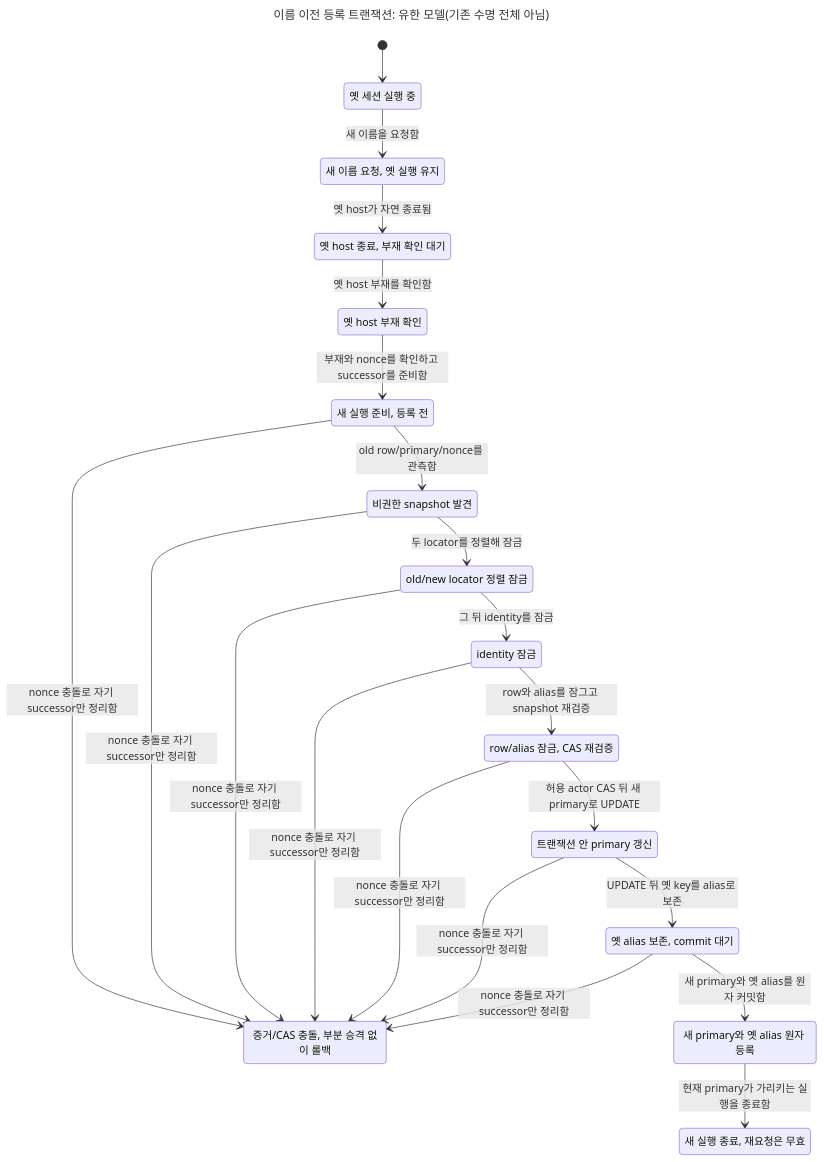
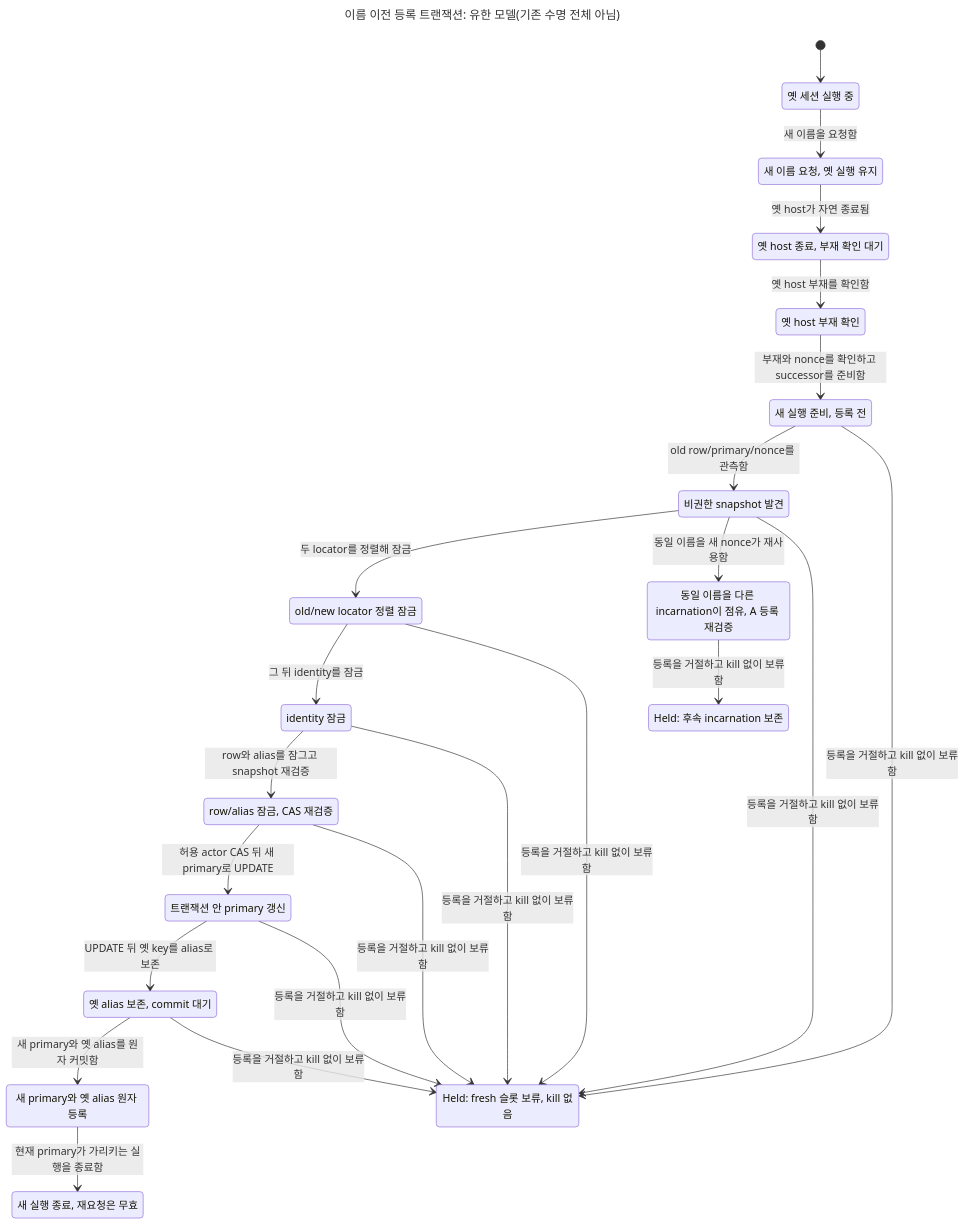
The diagram in docs/statecharts/session-lifecycle/tmux-naming.chart.mmd (itismyfield/AgentDesk), drawn with Mermaid before and after one commit. The commit also changed 3 other files, not shown here.

```diff
--- a/docs/statecharts/session-lifecycle/tmux-naming.chart.mmd
+++ b/docs/statecharts/session-lifecycle/tmux-naming.chart.mmd
@@ -1,38 +1,42 @@
 ---
 title: "이름 이전 등록 트랜잭션: 유한 모델(기존 수명 전체 아님)"
 ---
 stateDiagram-v2
   s0: 옛 세션 실행 중
   s1: 새 이름 요청, 옛 실행 유지
   s2: 옛 host 종료, 부재 확인 대기
   s3: 옛 host 부재 확인
   s4: 새 실행 준비, 등록 전
   s5: 비권한 snapshot 발견
-  s6: old/new locator 정렬 잠금
-  s7: 증거/CAS 충돌, 부분 승격 없이 롤백
-  s8: identity 잠금
-  s9: row/alias 잠금, CAS 재검증
-  s10: 트랜잭션 안 primary 갱신
-  s11: 옛 alias 보존, commit 대기
-  s12: 새 primary와 옛 alias 원자 등록
-  s13: 새 실행 종료, 재요청은 무효
+  s6: Held: fresh 슬롯 보류, kill 없음
+  s7: old/new locator 정렬 잠금
+  s8: 동일 이름을 다른 incarnation이 점유, A 등록 재검증
+  s9: Held: 후속 incarnation 보존
+  s10: identity 잠금
+  s11: row/alias 잠금, CAS 재검증
+  s12: 트랜잭션 안 primary 갱신
+  s13: 옛 alias 보존, commit 대기
+  s14: 새 primary와 옛 alias 원자 등록
+  s15: 새 실행 종료, 재요청은 무효
   [*] --> s0
   s0 --> s1: 새 이름을 요청함
   s1 --> s2: 옛 host가 자연 종료됨
   s2 --> s3: 옛 host 부재를 확인함
   s3 --> s4: 부재와 nonce를 확인하고 successor를 준비함
   s4 --> s5: old row/primary/nonce를 관측함
-  s5 --> s6: 두 locator를 정렬해 잠금
-  s4 --> s7: nonce 충돌로 자기 successor만 정리함
-  s6 --> s8: 그 뒤 identity를 잠금
-  s5 --> s7: nonce 충돌로 자기 successor만 정리함
-  s8 --> s9: row와 alias를 잠그고 snapshot 재검증
-  s6 --> s7: nonce 충돌로 자기 successor만 정리함
-  s8 --> s7: nonce 충돌로 자기 successor만 정리함
-  s9 --> s10: 허용 actor CAS 뒤 새 primary로 UPDATE
-  s9 --> s7: nonce 충돌로 자기 successor만 정리함
-  s10 --> s11: UPDATE 뒤 옛 key를 alias로 보존
-  s11 --> s12: 새 primary와 옛 alias를 원자 커밋함
-  s10 --> s7: nonce 충돌로 자기 successor만 정리함
-  s11 --> s7: nonce 충돌로 자기 successor만 정리함
-  s12 --> s13: 현재 primary가 가리키는 실행을 종료함
+  s5 --> s7: 두 locator를 정렬해 잠금
+  s5 --> s8: 동일 이름을 새 nonce가 재사용함
+  s4 --> s6: 등록을 거절하고 kill 없이 보류함
+  s7 --> s10: 그 뒤 identity를 잠금
+  s5 --> s6: 등록을 거절하고 kill 없이 보류함
+  s8 --> s9: 등록을 거절하고 kill 없이 보류함
+  s10 --> s11: row와 alias를 잠그고 snapshot 재검증
+  s7 --> s6: 등록을 거절하고 kill 없이 보류함
+  s10 --> s6: 등록을 거절하고 kill 없이 보류함
+  s11 --> s12: 허용 actor CAS 뒤 새 primary로 UPDATE
+  s11 --> s6: 등록을 거절하고 kill 없이 보류함
+  s12 --> s13: UPDATE 뒤 옛 key를 alias로 보존
+  s13 --> s14: 새 primary와 옛 alias를 원자 커밋함
+  s12 --> s6: 등록을 거절하고 kill 없이 보류함
+  s13 --> s6: 등록을 거절하고 kill 없이 보류함
+  s14 --> s15: 현재 primary가 가리키는 실행을 종료함
```
